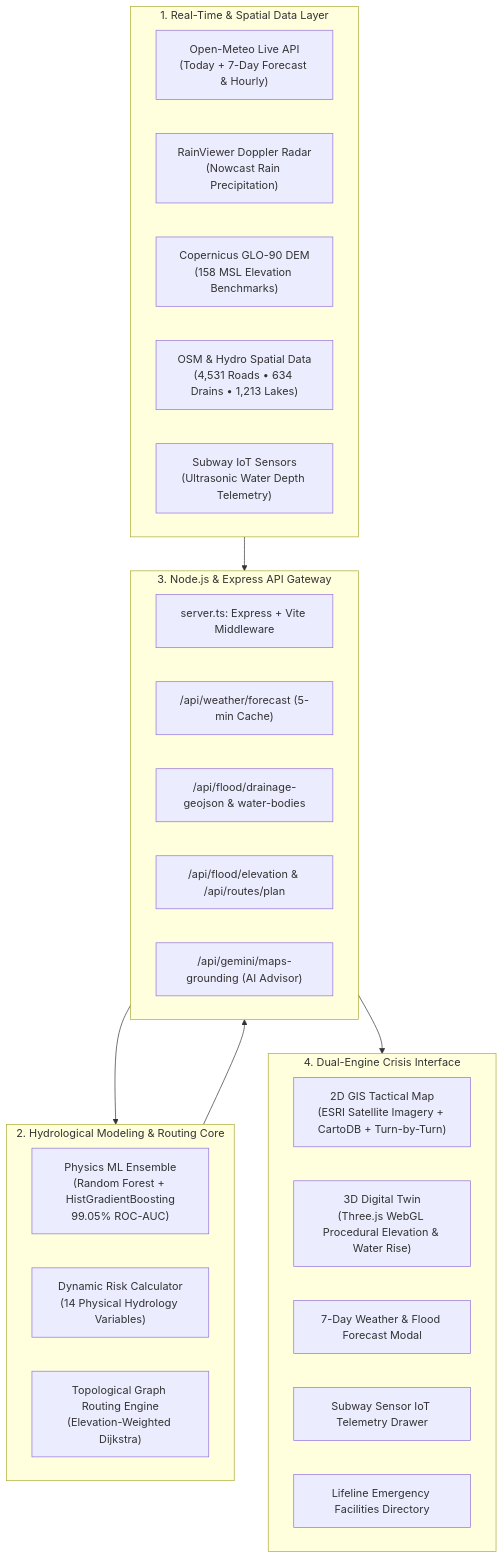
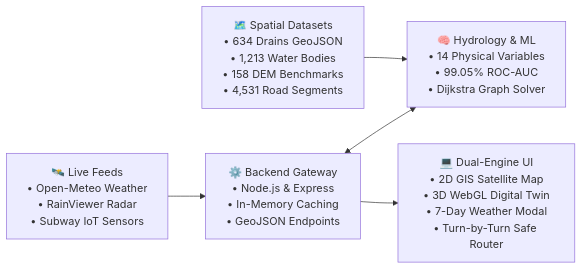
The diagram in README.md (rk2725q-star/chennai-Flood-Access-Risk-Mapper), drawn with Mermaid before and after one commit. The commit also changed other lines of this file, not shown here.

````diff
--- a/README.md
+++ b/README.md
@@ -29,37 +86,9 @@
 ```mermaid
-flowchart TD
-    subgraph DataIngestion["1. Real-Time & Spatial Data Layer"]
-        A1["Open-Meteo Live API<br/>(Today + 7-Day Forecast & Hourly)"]
-        A2["RainViewer Doppler Radar<br/>(Nowcast Rain Precipitation)"]
-        A3["Copernicus GLO-90 DEM<br/>(158 MSL Elevation Benchmarks)"]
-        A4["OSM & Hydro Spatial Data<br/>(4,531 Roads • 634 Drains • 1,213 Lakes)"]
-        A5["Subway IoT Sensors<br/>(Ultrasonic Water Depth Telemetry)"]
-    end
+flowchart LR
+    A["🛰️ Live Feeds<br/>• Open-Meteo Weather<br/>• RainViewer Radar<br/>• Subway IoT Sensors"] --> B["⚙️ Backend Gateway<br/>• Node.js & Express<br/>• In-Memory Caching<br/>• GeoJSON Endpoints"]
+    
+    C["🗺️ Spatial Datasets<br/>• 634 Drains GeoJSON<br/>• 1,213 Water Bodies<br/>• 158 DEM Benchmarks<br/>• 4,531 Road Segments"] --> D["🧠 Hydrology & ML<br/>• 14 Physical Variables<br/>• 99.05% ROC-AUC<br/>• Dijkstra Graph Solver"]
 
-    subgraph CoreEngine["2. Hydrological Modeling & Routing Core"]
-        B1["Physics ML Ensemble<br/>(Random Forest + HistGradientBoosting<br/>99.05% ROC-AUC)"]
-        B2["Dynamic Risk Calculator<br/>(14 Physical Hydrology Variables)"]
-        B3["Topological Graph Routing Engine<br/>(Elevation-Weighted Dijkstra)"]
-    end
-
-    subgraph BackendServer["3. Node.js & Express API Gateway"]
-        C1["server.ts: Express + Vite Middleware"]
-        C2["/api/weather/forecast (5-min Cache)"]
-        C3["/api/flood/drainage-geojson & water-bodies"]
-        C4["/api/flood/elevation & /api/routes/plan"]
-        C5["/api/gemini/maps-grounding (AI Advisor)"]
-    end
-
-    subgraph FrontendInterface["4. Dual-Engine Crisis Interface"]
-        D1["2D GIS Tactical Map<br/>(ESRI Satellite Imagery + CartoDB + Turn-by-Turn)"]
-        D2["3D Digital Twin<br/>(Three.js WebGL Procedural Elevation & Water Rise)"]
-        D3["7-Day Weather & Flood Forecast Modal"]
-        D4["Subway Sensor IoT Telemetry Drawer"]
-        D5["Lifeline Emergency Facilities Directory"]
-    end
-
-    DataIngestion --> BackendServer
-    BackendServer --> CoreEngine
-    CoreEngine --> BackendServer
-    BackendServer --> FrontendInterface
+    B <--> D
+    B --> E["💻 Dual-Engine UI<br/>• 2D GIS Satellite Map<br/>• 3D WebGL Digital Twin<br/>• 7-Day Weather Modal<br/>• Turn-by-Turn Safe Router"]
 ```
````
